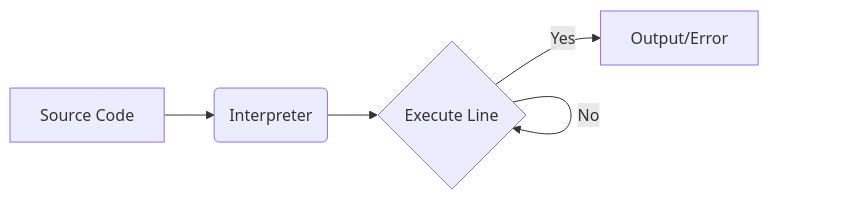
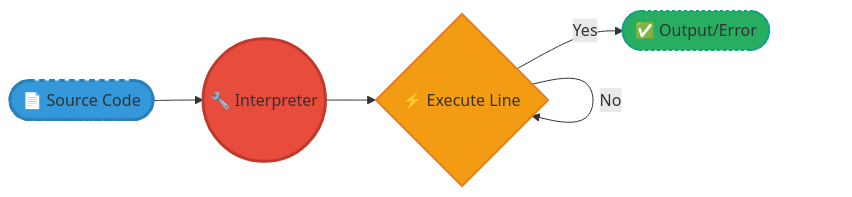
Before and after one commit to infoyouth/infoyouth.github.io: the first of 4 diagrams in _posts/python/2025-10-06-01.-python-overview-and-setup.md, drawn with Mermaid. The commit also changed other lines of this file, not shown here.

````diff
--- a/_posts/python/2025-10-06-01.-python-overview-and-setup.md
+++ b/_posts/python/2025-10-06-01.-python-overview-and-setup.md
@@ -78,7 +77,12 @@
     ```mermaid
     graph LR
-    A[Source Code] --> B(Interpreter);
-    B --> C{Execute Line};
-    C -->|Yes| D[Output/Error];
+    A([📄 Source Code]):::source --> B((🔧 Interpreter)):::interpreter;
+    B --> C{⚡ Execute Line}:::execute;
+    C -->|Yes| D([✅ Output/Error]):::output;
     C -->|No| C;
+
+    classDef source fill:#3498db,stroke:#2980b9,stroke-width:3px,stroke-dasharray:5;
+    classDef interpreter fill:#e74c3c,stroke:#c0392b,stroke-width:3px;
+    classDef execute fill:#f39c12,stroke:#e67e22,stroke-width:2px;
+    classDef output fill:#27ae60,stroke:#16a085,stroke-width:2px,stroke-dasharray:3;
     ```
````
